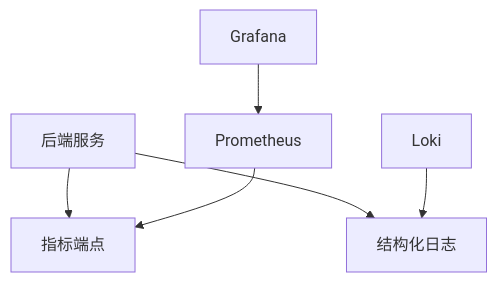
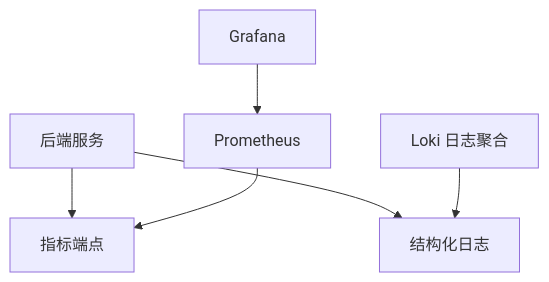
The sixth of 9 diagrams in .qoder/repowiki/zh/content/部署和配置/部署和配置.md (zmdhdu/NexusCockpit), drawn with Mermaid before and after one commit. The commit also changed other lines of this file and 23 other files, not shown here.

````diff
--- a/.qoder/repowiki/zh/content/部署和配置/部署和配置.md
+++ b/.qoder/repowiki/zh/content/部署和配置/部署和配置.md
@@ -314,8 +335,8 @@
 ```mermaid
 graph TB
 Backend["后端服务"] --> Metrics["指标端点"]
 Prometheus["Prometheus"] --> Metrics
 Grafana["Grafana"] --> Prometheus
 Backend --> Logs["结构化日志"]
-Loki["Loki"] --> Logs
+Loki["Loki 日志聚合"] --> Logs
 ```
````
